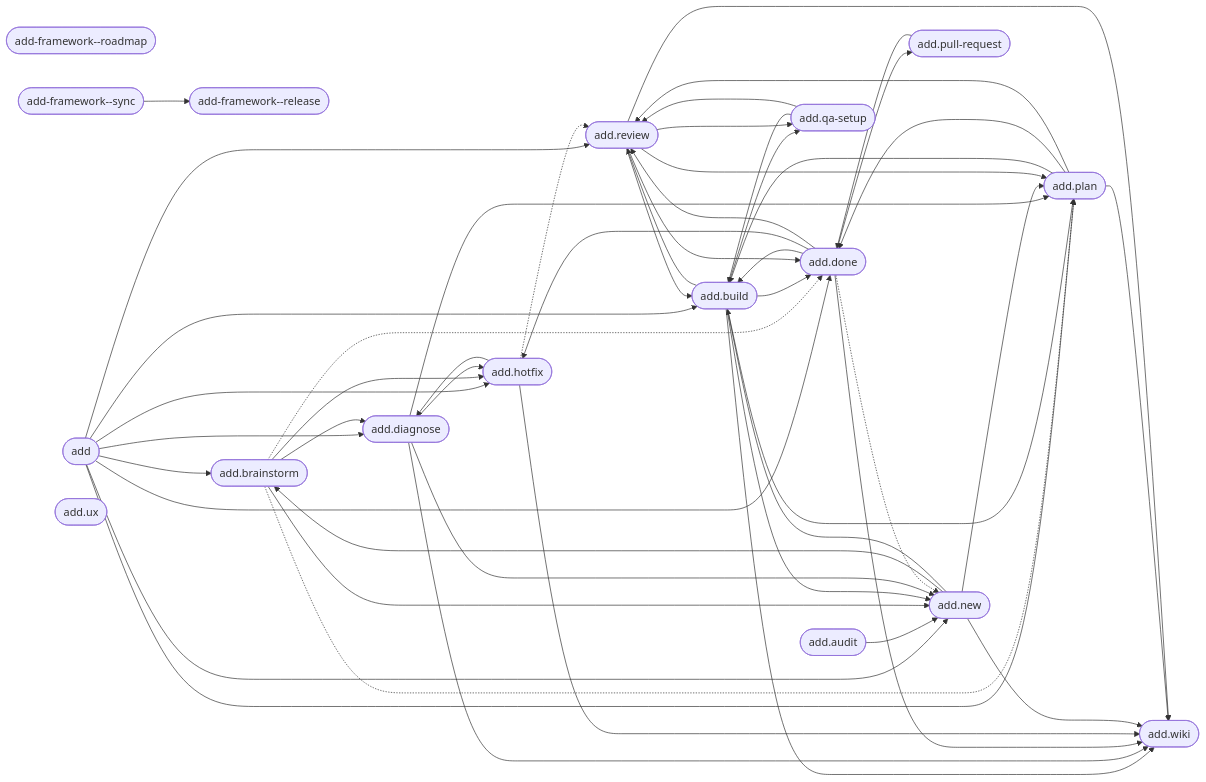
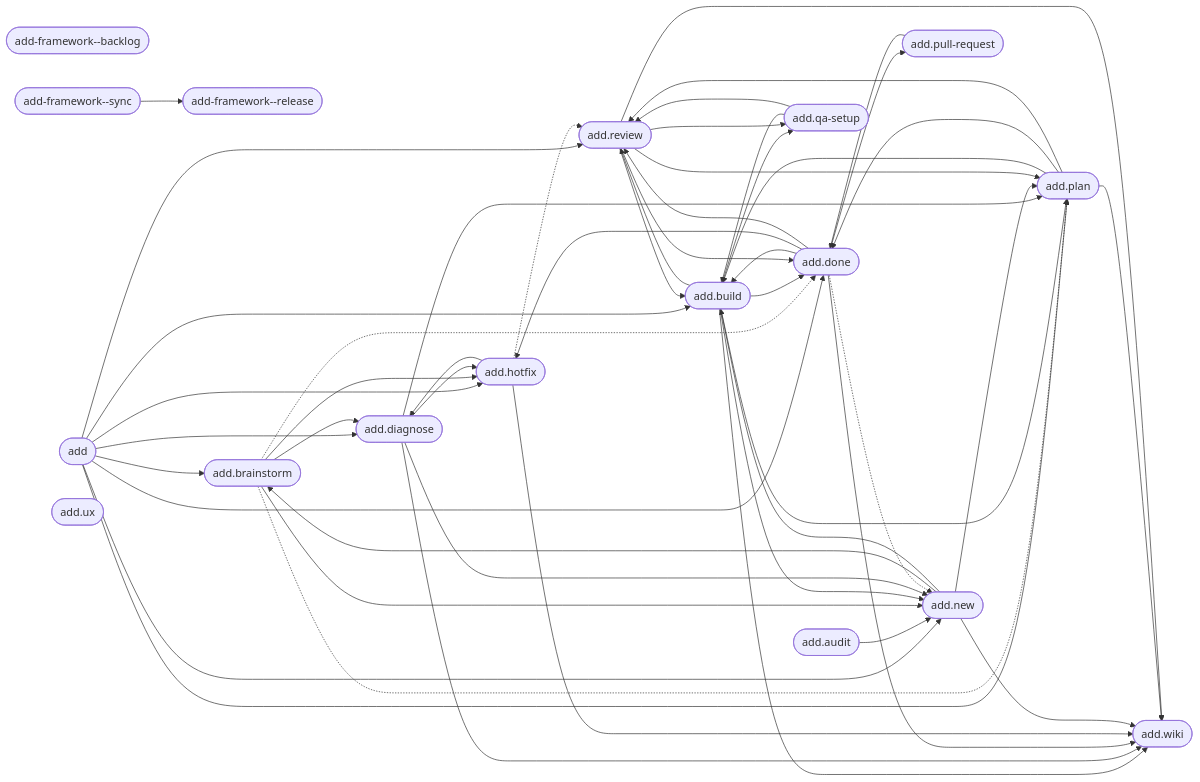
One commit to brabos-ai/code-addiction changed the diagram in web/public/artefact-graph.mmd. Above: the diagram before and after it, drawn with Mermaid. The commit also changed 4 other files, not shown here.

First line of the commit message:
refactor(workbench): add-framework--roadmap is now add-framework--backlog

```diff
--- a/web/public/artefact-graph.mmd
+++ b/web/public/artefact-graph.mmd
@@ -1,68 +1,68 @@
 flowchart LR
+    n_internal_command_add_framework__backlog(["add-framework--backlog"])
     n_internal_command_add_framework__release(["add-framework--release"])
-    n_internal_command_add_framework__roadmap(["add-framework--roadmap"])
     n_internal_command_add_framework__sync(["add-framework--sync"])
     n_product_command_add(["add"])
     n_product_command_add_audit(["add.audit"])
     n_product_command_add_brainstorm(["add.brainstorm"])
     n_product_command_add_build(["add.build"])
     n_product_command_add_diagnose(["add.diagnose"])
     n_product_command_add_done(["add.done"])
     n_product_command_add_hotfix(["add.hotfix"])
     n_product_command_add_new(["add.new"])
     n_product_command_add_plan(["add.plan"])
     n_product_command_add_pull_request(["add.pull-request"])
     n_product_command_add_qa_setup(["add.qa-setup"])
     n_product_command_add_review(["add.review"])
     n_product_command_add_ux(["add.ux"])
     n_product_command_add_wiki(["add.wiki"])
     n_internal_command_add_framework__sync --> n_internal_command_add_framework__release
     n_product_command_add --> n_product_command_add_brainstorm
     n_product_command_add --> n_product_command_add_build
     n_product_command_add --> n_product_command_add_diagnose
     n_product_command_add --> n_product_command_add_done
     n_product_command_add --> n_product_command_add_hotfix
     n_product_command_add --> n_product_command_add_new
     n_product_command_add --> n_product_command_add_plan
     n_product_command_add --> n_product_command_add_review
     n_product_command_add_audit --> n_product_command_add_new
     n_product_command_add_brainstorm --> n_product_command_add_diagnose
     n_product_command_add_brainstorm --> n_product_command_add_hotfix
     n_product_command_add_brainstorm --> n_product_command_add_new
     n_product_command_add_brainstorm -.-> n_product_command_add_done
     n_product_command_add_brainstorm -.-> n_product_command_add_plan
     n_product_command_add_build --> n_product_command_add_done
     n_product_command_add_build --> n_product_command_add_new
     n_product_command_add_build --> n_product_command_add_plan
     n_product_command_add_build --> n_product_command_add_qa_setup
     n_product_command_add_build --> n_product_command_add_review
     n_product_command_add_build --> n_product_command_add_wiki
     n_product_command_add_diagnose --> n_product_command_add_hotfix
     n_product_command_add_diagnose --> n_product_command_add_new
     n_product_command_add_diagnose --> n_product_command_add_plan
     n_product_command_add_diagnose --> n_product_command_add_wiki
     n_product_command_add_done --> n_product_command_add_build
     n_product_command_add_done --> n_product_command_add_hotfix
     n_product_command_add_done --> n_product_command_add_pull_request
     n_product_command_add_done --> n_product_command_add_review
     n_product_command_add_done --> n_product_command_add_wiki
     n_product_command_add_done -.-> n_product_command_add_new
     n_product_command_add_hotfix --> n_product_command_add_diagnose
     n_product_command_add_hotfix --> n_product_command_add_wiki
     n_product_command_add_hotfix -.-> n_product_command_add_review
     n_product_command_add_new --> n_product_command_add_brainstorm
     n_product_command_add_new --> n_product_command_add_build
     n_product_command_add_new --> n_product_command_add_plan
     n_product_command_add_new --> n_product_command_add_wiki
     n_product_command_add_plan --> n_product_command_add_build
     n_product_command_add_plan --> n_product_command_add_done
     n_product_command_add_plan --> n_product_command_add_review
     n_product_command_add_plan --> n_product_command_add_wiki
     n_product_command_add_pull_request --> n_product_command_add_done
     n_product_command_add_qa_setup --> n_product_command_add_build
     n_product_command_add_qa_setup --> n_product_command_add_review
     n_product_command_add_review --> n_product_command_add_build
     n_product_command_add_review --> n_product_command_add_done
     n_product_command_add_review --> n_product_command_add_plan
     n_product_command_add_review --> n_product_command_add_qa_setup
     n_product_command_add_review --> n_product_command_add_wiki
```
